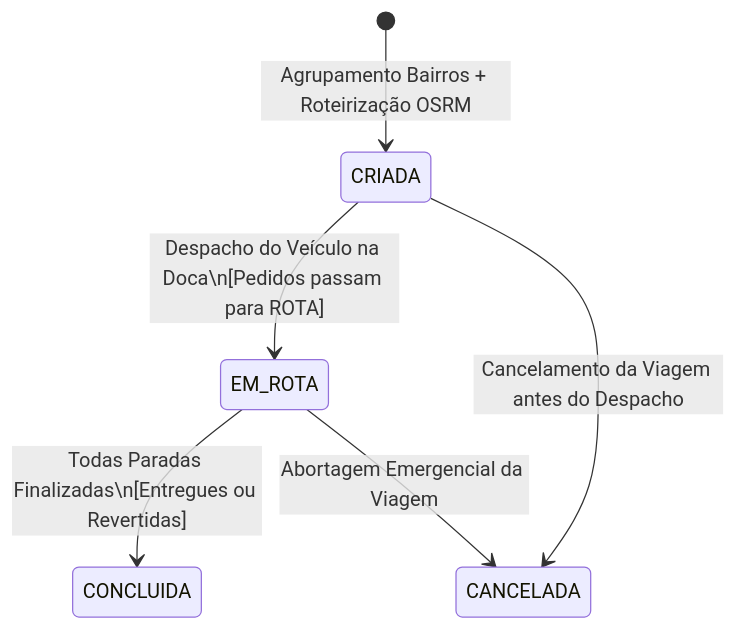
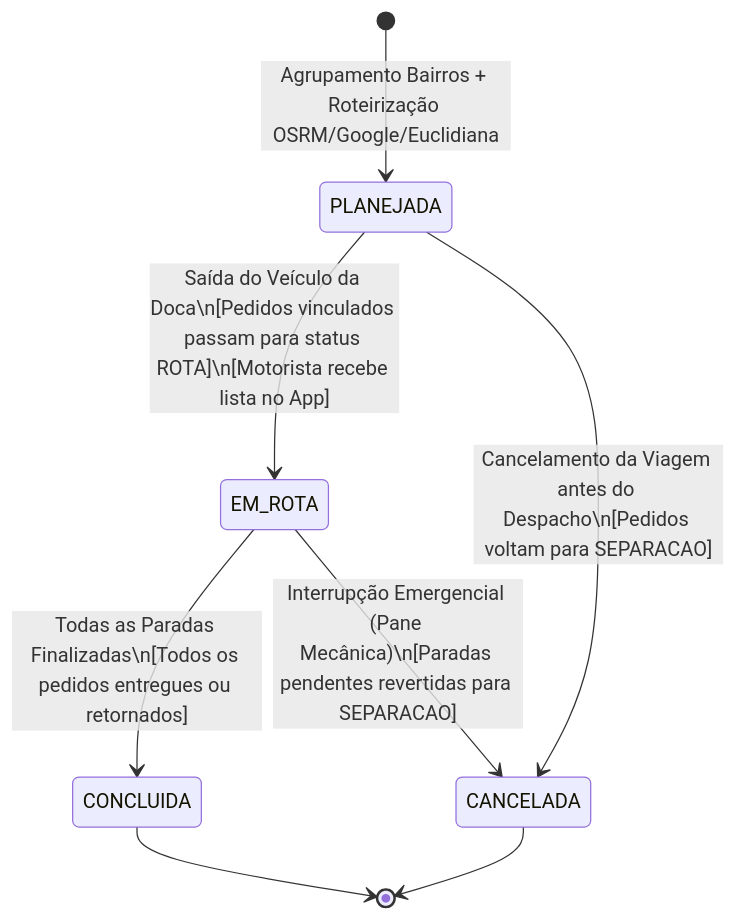
One commit to autonomiaagencia19-ship-it/xiquim-vargas-- changed the third of 6 diagrams in RAIO_X_ENGENHARIA_AUTONOMIA_ERP_2.2.1.md. Above: the diagram before and after it, drawn with Mermaid. The commit also changed other lines of this file and 39 other files, not shown here.

````diff
--- a/RAIO_X_ENGENHARIA_AUTONOMIA_ERP_2.2.1.md
+++ b/RAIO_X_ENGENHARIA_AUTONOMIA_ERP_2.2.1.md
@@ -134,8 +202,10 @@
 ```mermaid
 stateDiagram-v2
-    [*] --> CRIADA: Agrupamento Bairros + Roteirização OSRM
-    CRIADA --> EM_ROTA: Despacho do Veículo na Doca\n[Pedidos passam para ROTA]
-    EM_ROTA --> CONCLUIDA: Todas Paradas Finalizadas\n[Entregues ou Revertidas]
-    CRIADA --> CANCELADA: Cancelamento da Viagem antes do Despacho
-    EM_ROTA --> CANCELADA: Abortagem Emergencial da Viagem
+    [*] --> PLANEJADA: Agrupamento Bairros + Roteirização OSRM/Google/Euclidiana
+    PLANEJADA --> EM_ROTA: Saída do Veículo da Doca\n[Pedidos vinculados passam para status ROTA]\n[Motorista recebe lista no App]
+    EM_ROTA --> CONCLUIDA: Todas as Paradas Finalizadas\n[Todos os pedidos entregues ou retornados]
+    PLANEJADA --> CANCELADA: Cancelamento da Viagem antes do Despacho\n[Pedidos voltam para SEPARACAO]
+    EM_ROTA --> CANCELADA: Interrupção Emergencial (Pane Mecânica)\n[Paradas pendentes revertidas para SEPARACAO]
+    CONCLUIDA --> [*]
+    CANCELADA --> [*]
 ```
````
